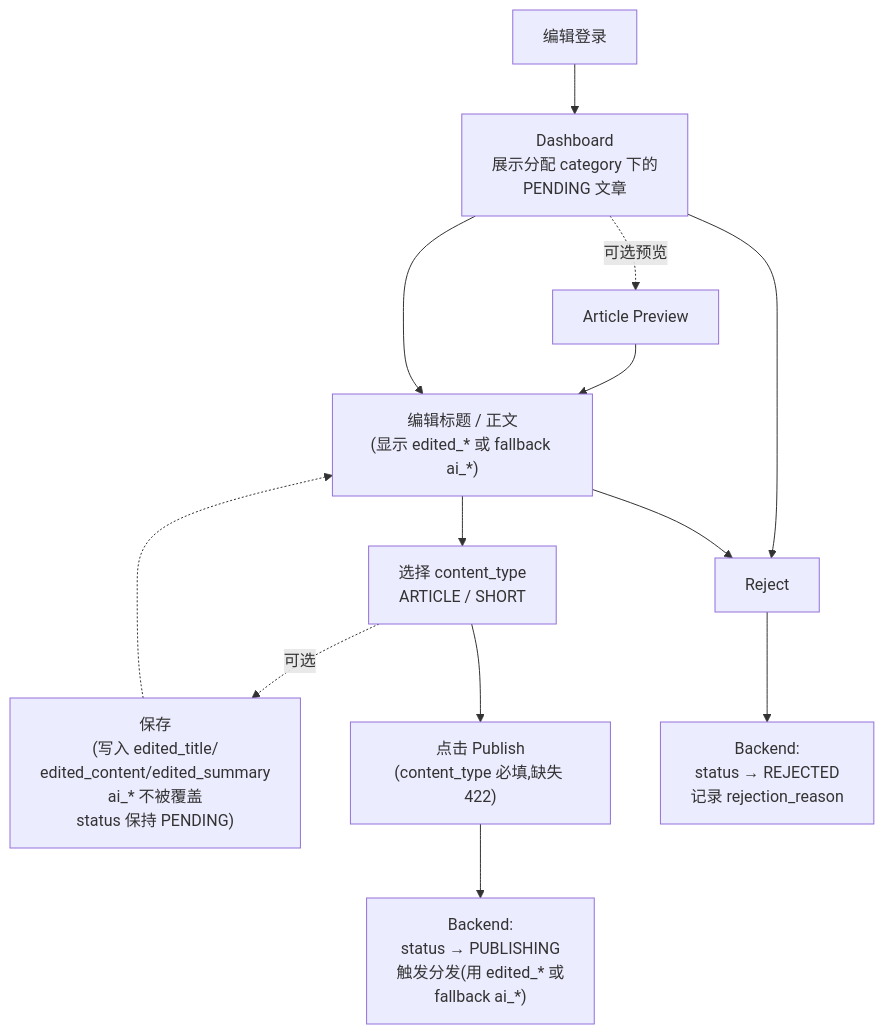
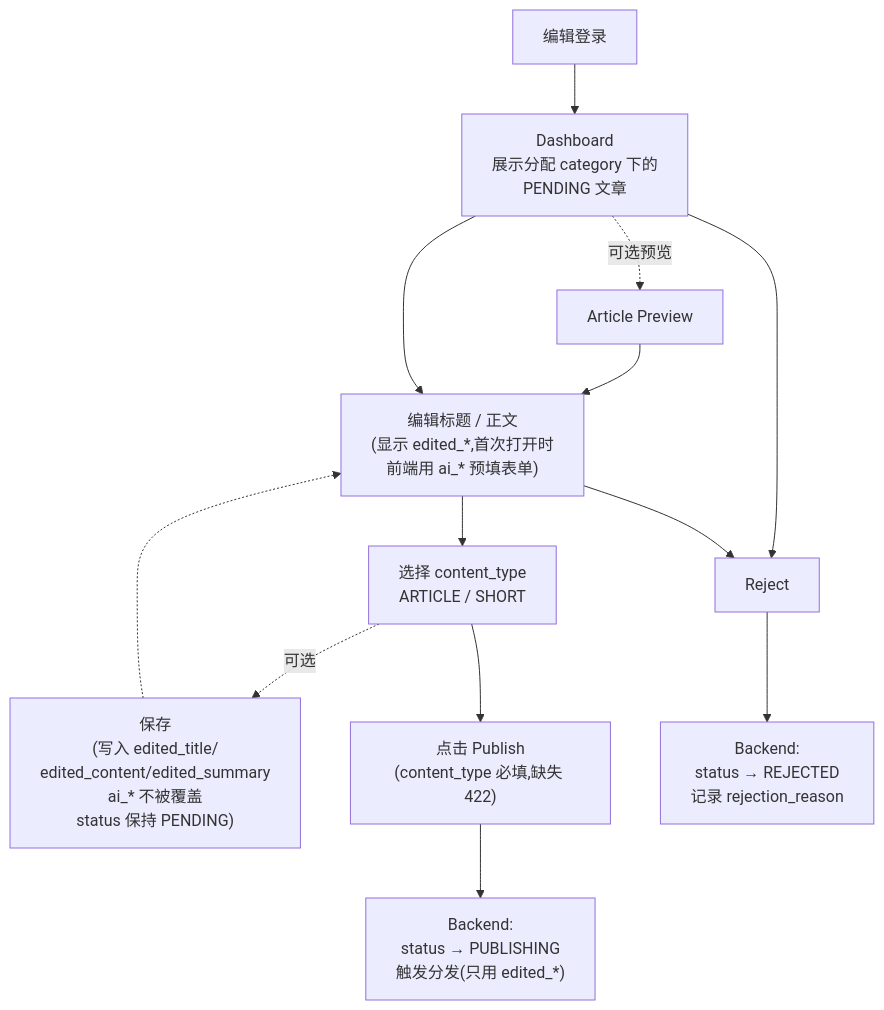
The second of 3 diagrams in docs/hld.md (Guitang0414/Tiffany-Z-Intern-2026), drawn with Mermaid before and after one commit. The commit also changed other lines of this file, not shown here.

First line of the commit message:
docs(hld): add per-platform status fields; switch to frontend-prepopulate model

````diff
--- a/docs/hld.md
+++ b/docs/hld.md
@@ -242,16 +252,16 @@
 ```mermaid
 flowchart TD
     Login[编辑登录] --> Dashboard["Dashboard<br/>展示分配 category 下的<br/>PENDING 文章"]
     Dashboard -.->|可选预览| Preview[Article Preview]
-    Preview --> Edit["编辑标题 / 正文<br/>(显示 edited_* 或 fallback ai_*)"]
+    Preview --> Edit["编辑标题 / 正文<br/>(显示 edited_*,首次打开时<br/>前端用 ai_* 预填表单)"]
     Dashboard --> Edit
     Edit --> SelectType[选择 content_type<br/>ARTICLE / SHORT]
     SelectType -.->|可选| Save["保存<br/>(写入 edited_title/<br/>edited_content/edited_summary<br/>ai_* 不被覆盖<br/>status 保持 PENDING)"]
     Save -.-> Edit
     SelectType --> Publish["点击 Publish<br/>(content_type 必填,缺失 422)"]
-    Publish --> Backend["Backend:<br/>status → PUBLISHING<br/>触发分发(用 edited_* 或<br/>fallback ai_*)"]
+    Publish --> Backend["Backend:<br/>status → PUBLISHING<br/>触发分发(只用 edited_*)"]
 
     Dashboard --> Reject[Reject]
     Edit --> Reject
     Reject --> BackendReject["Backend:<br/>status → REJECTED<br/>记录 rejection_reason"]
 ```
````
